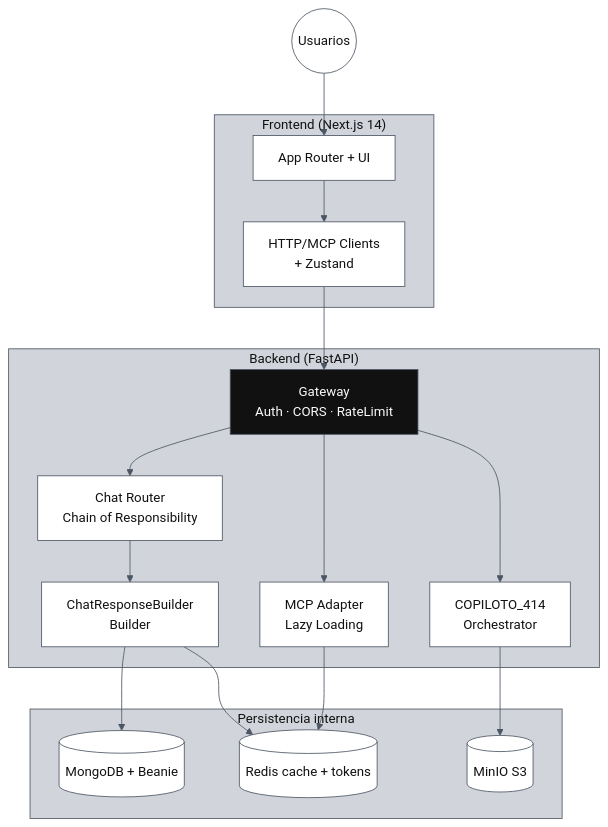
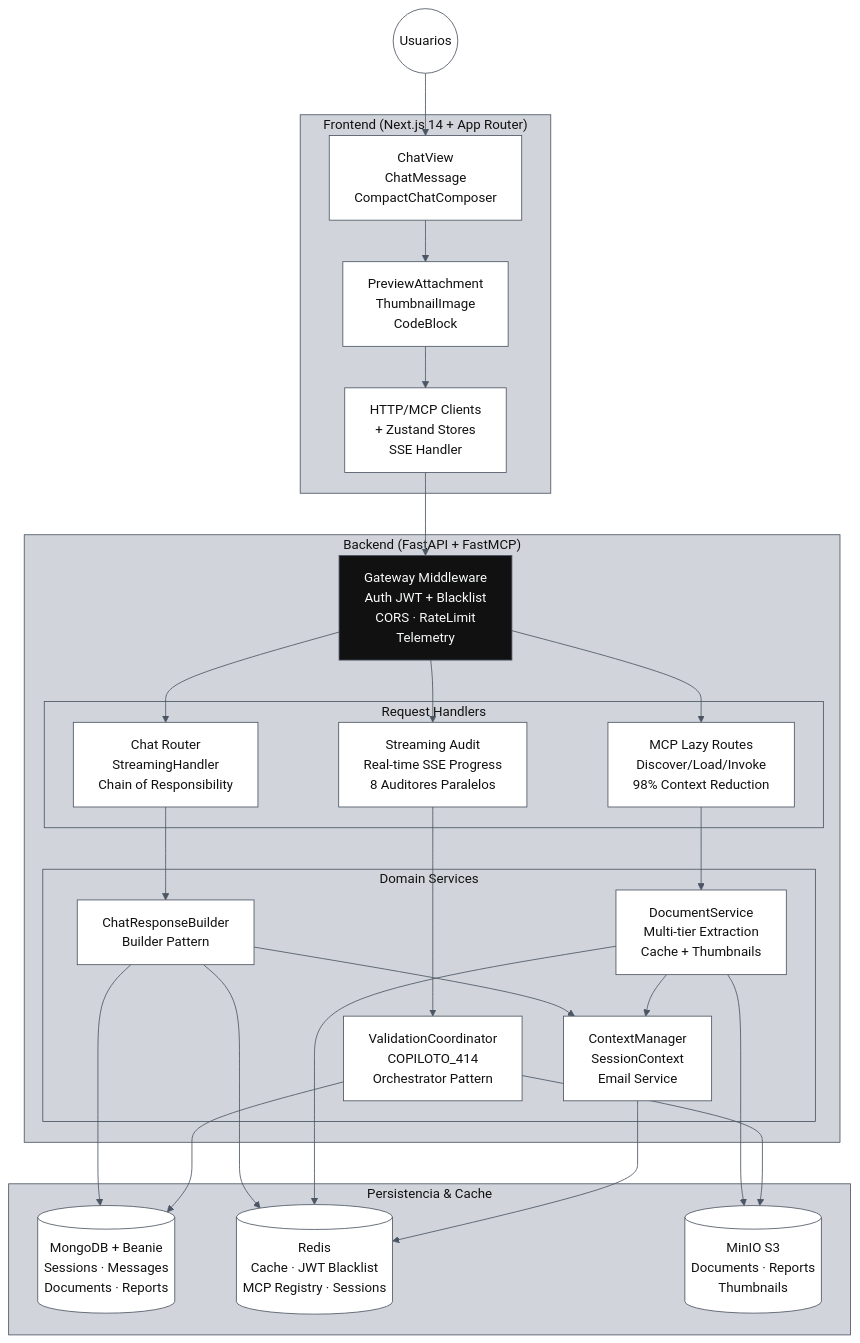
Before and after one commit to saptiva-ai/octavios-chat: the second of 9 diagrams in README.md, drawn with Mermaid. The commit also changed other lines of this file, not shown here.

First line of the commit message:
docs(architecture): enhance README diagrams with current platform state

````diff
--- a/README.md
+++ b/README.md
@@ -92,39 +101,61 @@
 ```mermaid
 %%{init: {'theme': 'base', 'themeVariables': {'primaryColor': '#111111','primaryBorderColor': '#4b5563','primaryTextColor': '#f9fafb','lineColor': '#4b5563','secondaryColor': '#ffffff','secondaryBorderColor': '#4b5563','secondaryTextColor': '#111111','tertiaryColor': '#d1d5db','tertiaryBorderColor': '#4b5563','tertiaryTextColor': '#111111'}}}%%
 flowchart TB
     user((Usuarios)):::light --> web_ui
 
-    subgraph Frontend["Frontend (Next.js 14)"]
-        web_ui["App Router + UI"]:::light
-        web_clients["HTTP/MCP Clients<br/>+ Zustand"]:::light
+    subgraph Frontend["Frontend (Next.js 14 + App Router)"]
+        web_ui["ChatView<br/>ChatMessage<br/>CompactChatComposer"]:::light
+        web_components["PreviewAttachment<br/>ThumbnailImage<br/>CodeBlock"]:::light
+        web_clients["HTTP/MCP Clients<br/>+ Zustand Stores<br/>SSE Handler"]:::light
     end
 
-    web_ui --> web_clients --> gateway
+    web_ui --> web_components
+    web_components --> web_clients
+    web_clients --> gateway
 
-    subgraph API["Backend (FastAPI)"]
-        gateway["Gateway<br/>Auth · CORS · RateLimit"]:::dark
-        chat_chain["Chat Router<br/>Chain of Responsibility"]:::light
-        response_builder["ChatResponseBuilder<br/>Builder"]:::light
-        mcp_lazy["MCP Adapter<br/>Lazy Loading"]:::light
-        audit_coord["COPILOTO_414<br/>Orchestrator"]:::light
+    subgraph API["Backend (FastAPI + FastMCP)"]
+        gateway["Gateway Middleware<br/>Auth JWT + Blacklist<br/>CORS · RateLimit<br/>Telemetry"]:::dark
+
+        subgraph Handlers["Request Handlers"]
+            chat_chain["Chat Router<br/>StreamingHandler<br/>Chain of Responsibility"]:::light
+            mcp_lazy["MCP Lazy Routes<br/>Discover/Load/Invoke<br/>98% Context Reduction"]:::light
+            audit_stream["Streaming Audit<br/>Real-time SSE Progress<br/>8 Auditores Paralelos"]:::light
+        end
+
+        subgraph Services["Domain Services"]
+            response_builder["ChatResponseBuilder<br/>Builder Pattern"]:::light
+            doc_service["DocumentService<br/>Multi-tier Extraction<br/>Cache + Thumbnails"]:::light
+            validation_coord["ValidationCoordinator<br/>COPILOTO_414<br/>Orchestrator Pattern"]:::light
+            context_mgr["ContextManager<br/>SessionContext<br/>Email Service"]:::light
+        end
     end
 
-    gateway --> chat_chain --> response_builder
+    gateway --> chat_chain
     gateway --> mcp_lazy
-    gateway --> audit_coord
+    gateway --> audit_stream
 
-    subgraph Data["Persistencia interna"]
-        mongo[(MongoDB + Beanie)]:::light
-        redis[(Redis cache + tokens)]:::light
-        minio[(MinIO S3)]:::light
+    chat_chain --> response_builder
+    mcp_lazy --> doc_service
+    audit_stream --> validation_coord
+
+    response_builder --> context_mgr
+    doc_service --> context_mgr
+
+    subgraph Data["Persistencia & Cache"]
+        mongo[(MongoDB + Beanie<br/>Sessions · Messages<br/>Documents · Reports)]:::light
+        redis[(Redis<br/>Cache · JWT Blacklist<br/>MCP Registry · Sessions)]:::light
+        minio[(MinIO S3<br/>Documents · Reports<br/>Thumbnails)]:::light
     end
 
     response_builder --> mongo
     response_builder --> redis
-    mcp_lazy --> redis
-    audit_coord --> minio
+    doc_service --> minio
+    doc_service --> redis
+    validation_coord --> mongo
+    validation_coord --> minio
+    context_mgr --> redis
 
     classDef dark fill:#111111,stroke:#4b5563,color:#f9fafb;
     classDef light fill:#ffffff,stroke:#4b5563,color:#111111;
     classDef gray fill:#e5e7eb,stroke:#4b5563,color:#111111;
 ```
````
